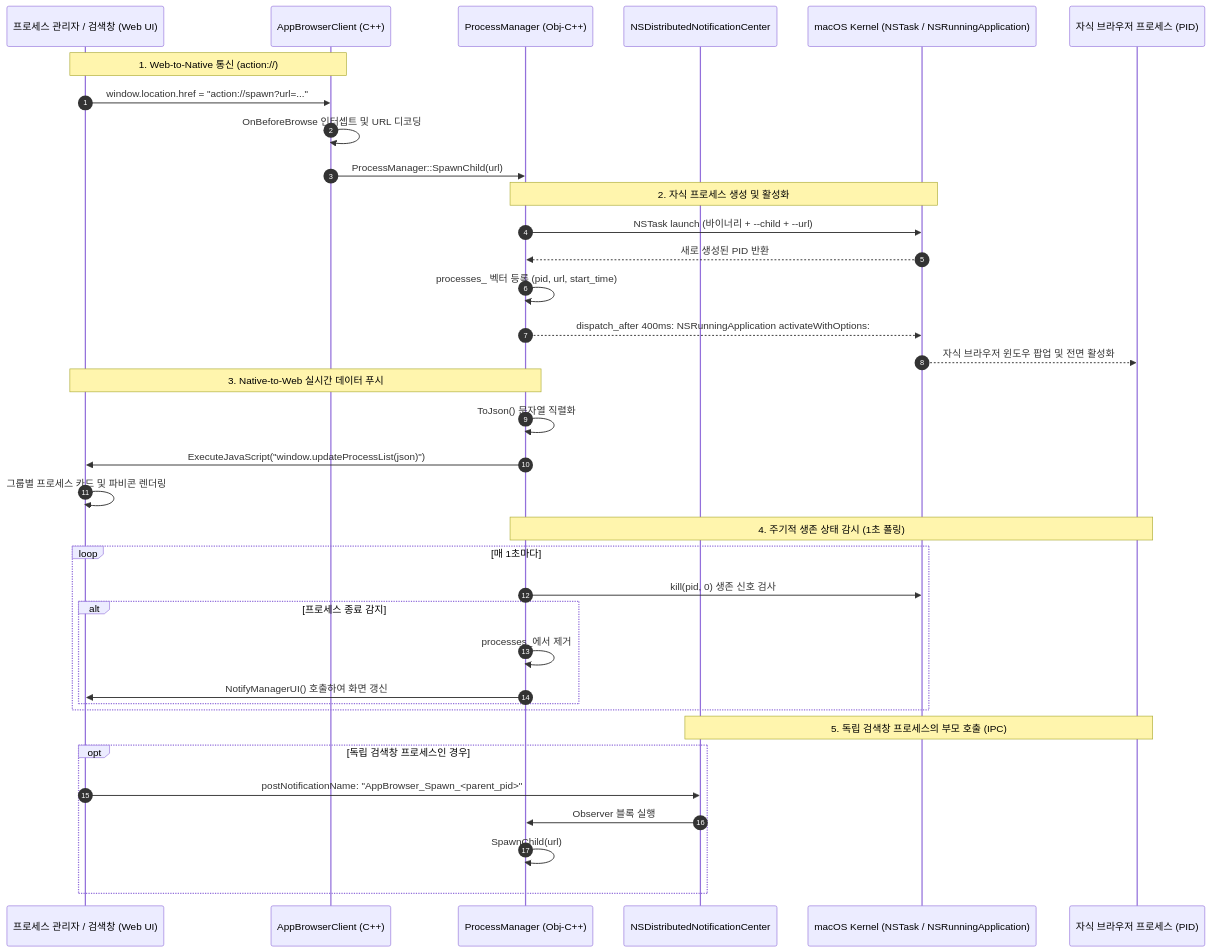
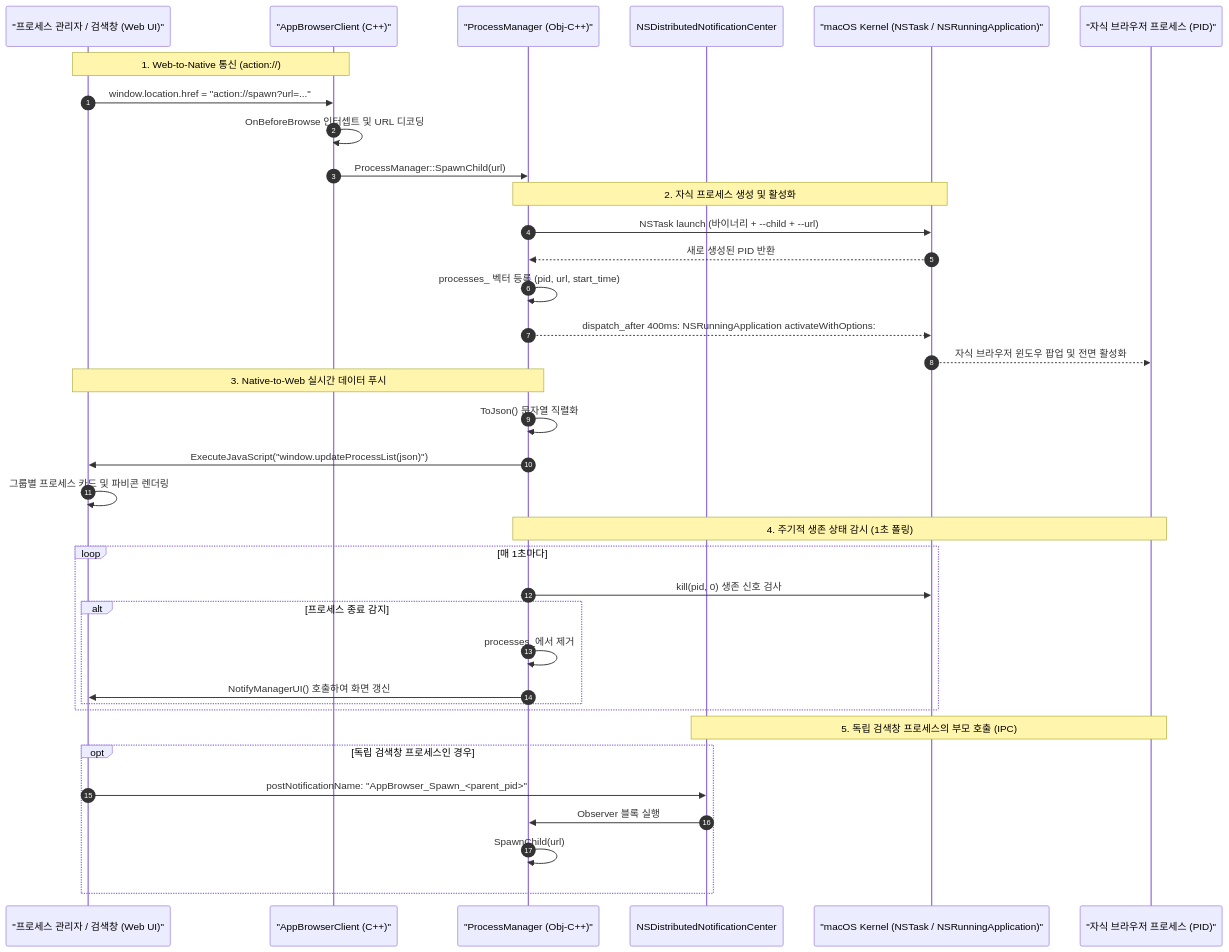
The first of 3 diagrams in docs/inter_process_and_storage.md (LHS11110/app-browser), drawn with Mermaid before and after one commit. The commit also changed other lines of this file, not shown here.

Commit message:
docs: update documentation for inter-process communication and storage architecture

````diff
--- a/docs/inter_process_and_storage.md
+++ b/docs/inter_process_and_storage.md
@@ -11,43 +11,43 @@
 ```mermaid
 sequenceDiagram
     autonumber
-    participant UI as 프로세스 관리자 / 검색창 (Web UI)
-    participant Client as AppBrowserClient (C++)
-    participant PM as ProcessManager (Obj-C++)
+    participant UI as "프로세스 관리자 / 검색창 (Web UI)"
+    participant Client as "AppBrowserClient (C++)"
+    participant PM as "ProcessManager (Obj-C++)"
     participant DistNotif as NSDistributedNotificationCenter
-    participant OS as macOS Kernel (NSTask / NSRunningApplication)
-    participant Child as 자식 브라우저 프로세스 (PID)
+    participant OS as "macOS Kernel (NSTask / NSRunningApplication)"
+    participant Child as "자식 브라우저 프로세스 (PID)"
 
     Note over UI, Client: 1. Web-to-Native 통신 (action://)
     UI->>Client: window.location.href = "action://spawn?url=..."
     Client->>Client: OnBeforeBrowse 인터셉트 및 URL 디코딩
     Client->>PM: ProcessManager::SpawnChild(url)
 
     Note over PM, OS: 2. 자식 프로세스 생성 및 활성화
     PM->>OS: NSTask launch (바이너리 + --child + --url)
     OS-->>PM: 새로 생성된 PID 반환
     PM->>PM: processes_ 벡터 등록 (pid, url, start_time)
     PM-->>OS: dispatch_after 400ms: NSRunningApplication activateWithOptions:
     OS-->>Child: 자식 브라우저 윈도우 팝업 및 전면 활성화
 
     Note over PM, UI: 3. Native-to-Web 실시간 데이터 푸시
     PM->>PM: ToJson() 문자열 직렬화
     PM->>UI: ExecuteJavaScript("window.updateProcessList(json)")
     UI->>UI: 그룹별 프로세스 카드 및 파비콘 렌더링
 
     Note over PM, Child: 4. 주기적 생존 상태 감시 (1초 폴링)
     loop 매 1초마다
         PM->>OS: kill(pid, 0) 생존 신호 검사
         alt 프로세스 종료 감지
             PM->>PM: processes_에서 제거
             PM->>UI: NotifyManagerUI() 호출하여 화면 갱신
         end
     end
 
     Note over Child, DistNotif: 5. 독립 검색창 프로세스의 부모 호출 (IPC)
     opt 독립 검색창 프로세스인 경우
         UI->>DistNotif: postNotificationName: "AppBrowser_Spawn_<parent_pid>"
         DistNotif->>PM: Observer 블록 실행
         PM->>PM: SpawnChild(url)
     end
 ```
````
